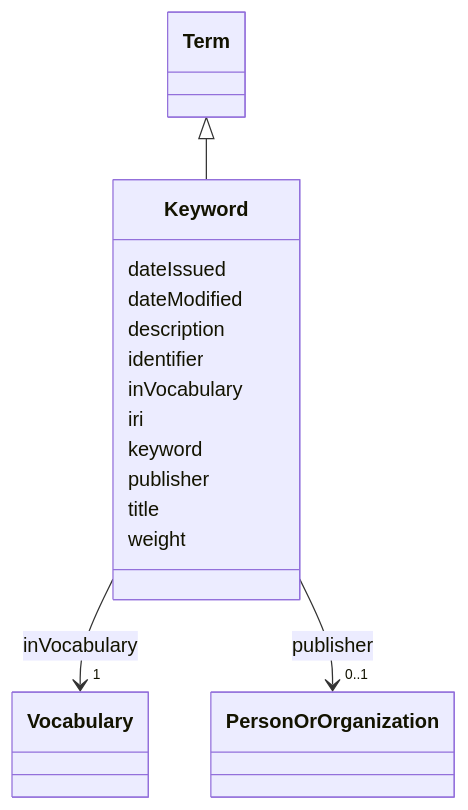
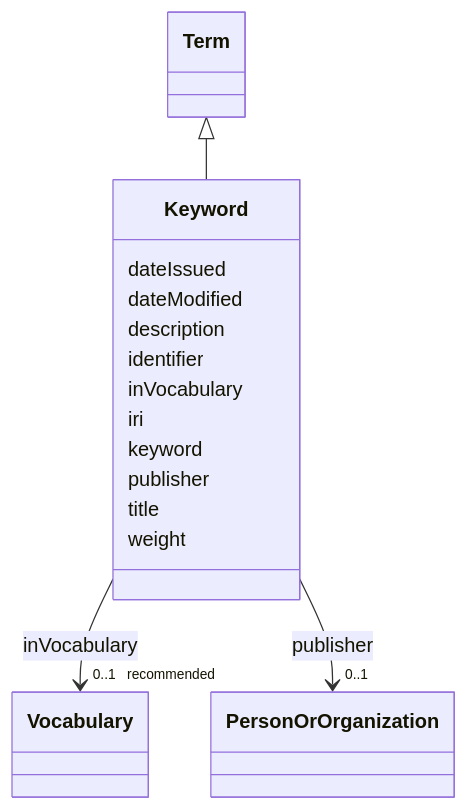
One commit to EVORA-project/evora-ontology changed the diagram in models/docs/Keyword.md. Above: the diagram before and after it, drawn with Mermaid. The commit also changed other lines of this file and 307 other files, not shown here.

````diff
--- a/models/docs/Keyword.md
+++ b/models/docs/Keyword.md
@@ -19,43 +19,43 @@
 ```mermaid
  classDiagram
     class Keyword
     click Keyword href "../Keyword"
       Term <|-- Keyword
         click Term href "../Term"
       
       Keyword : dateIssued
         
       Keyword : dateModified
         
       Keyword : description
         
       Keyword : identifier
         
       Keyword : inVocabulary
         
           
     
     
-    Keyword --> "1" Vocabulary : inVocabulary
+    Keyword --> "0..1 _recommended_" Vocabulary : inVocabulary
     click Vocabulary href "../Vocabulary"
 
         
       Keyword : iri
         
       Keyword : keyword
         
       Keyword : publisher
         
           
     
     
     Keyword --> "0..1" PersonOrOrganization : publisher
     click PersonOrOrganization href "../PersonOrOrganization"
 
         
       Keyword : title
         
       Keyword : weight
         
       
 ```
````
